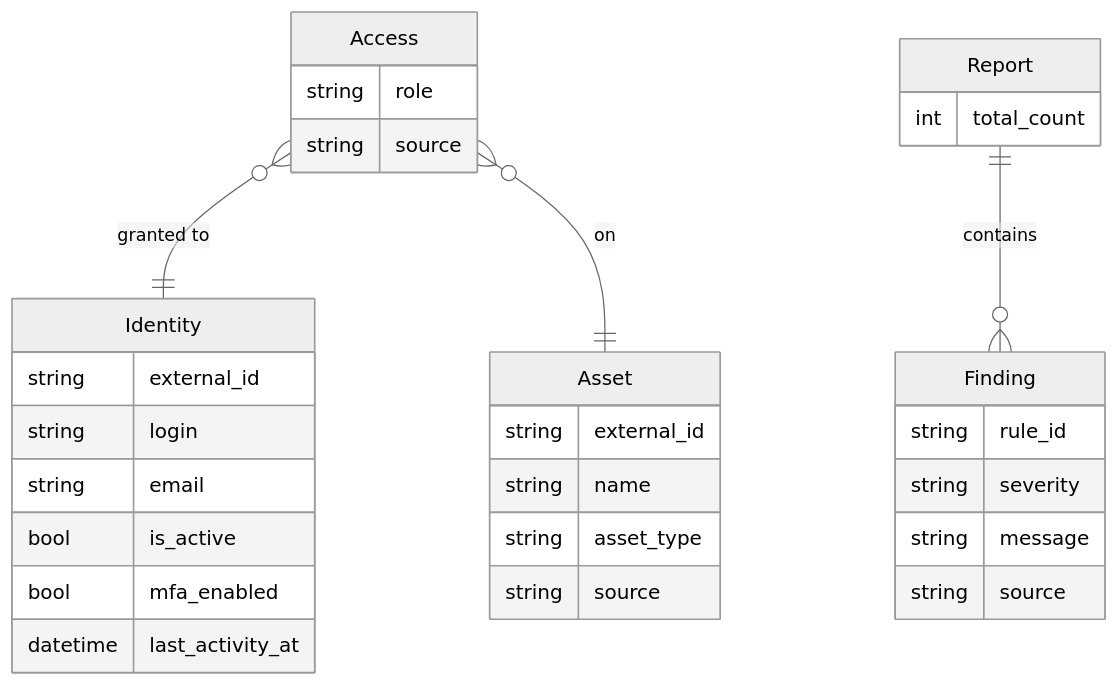
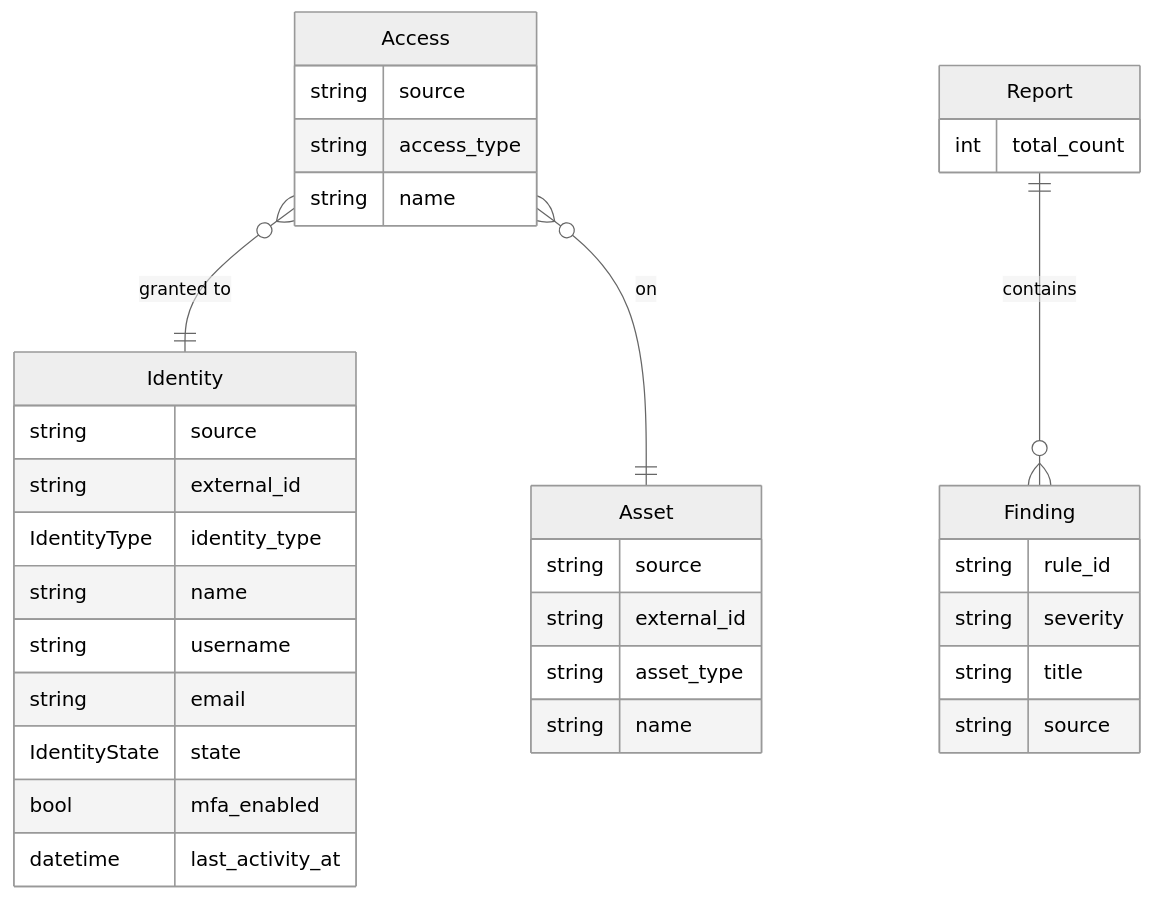
One commit to Kyonew/assets-guardian changed the fifth of 6 diagrams in docs/markdown/ARCHITECTURE.md. Above: the diagram before and after it, drawn with Mermaid (neutral theme). The commit also changed other lines of this file and 89 other files, not shown here.

````diff
--- a/docs/markdown/ARCHITECTURE.md
+++ b/docs/markdown/ARCHITECTURE.md
@@ -168,34 +228,38 @@
 ```mermaid
 erDiagram
     Identity {
+        string source
         string external_id
-        string login
+        IdentityType identity_type
+        string name
+        string username
         string email
-        bool is_active
+        IdentityState state
         bool mfa_enabled
         datetime last_activity_at
     }
     Asset {
+        string source
         string external_id
+        string asset_type
         string name
-        string asset_type
-        string source
     }
     Access {
-        string role
         string source
+        string access_type
+        string name
     }
     Finding {
         string rule_id
         string severity
-        string message
+        string title
         string source
     }
     Report {
         int total_count
     }
 
     Access }o--|| Identity : "granted to"
     Access }o--|| Asset : "on"
     Report ||--o{ Finding : "contains"
 ```
````
